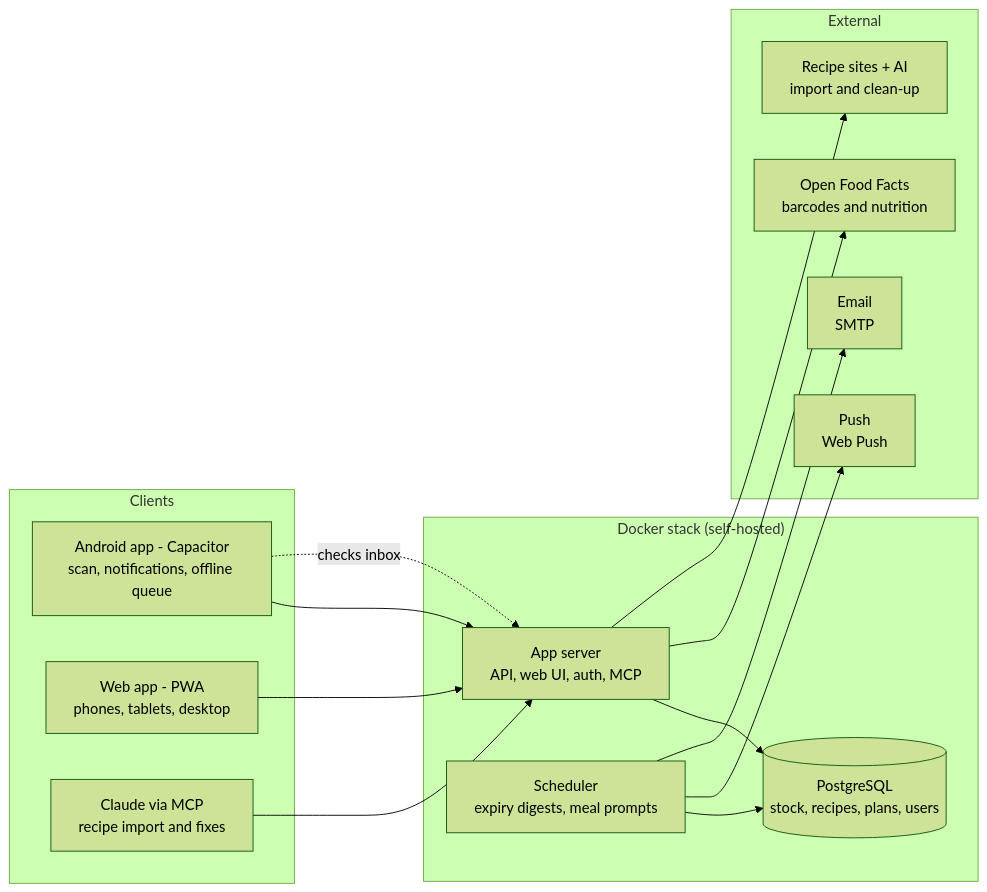
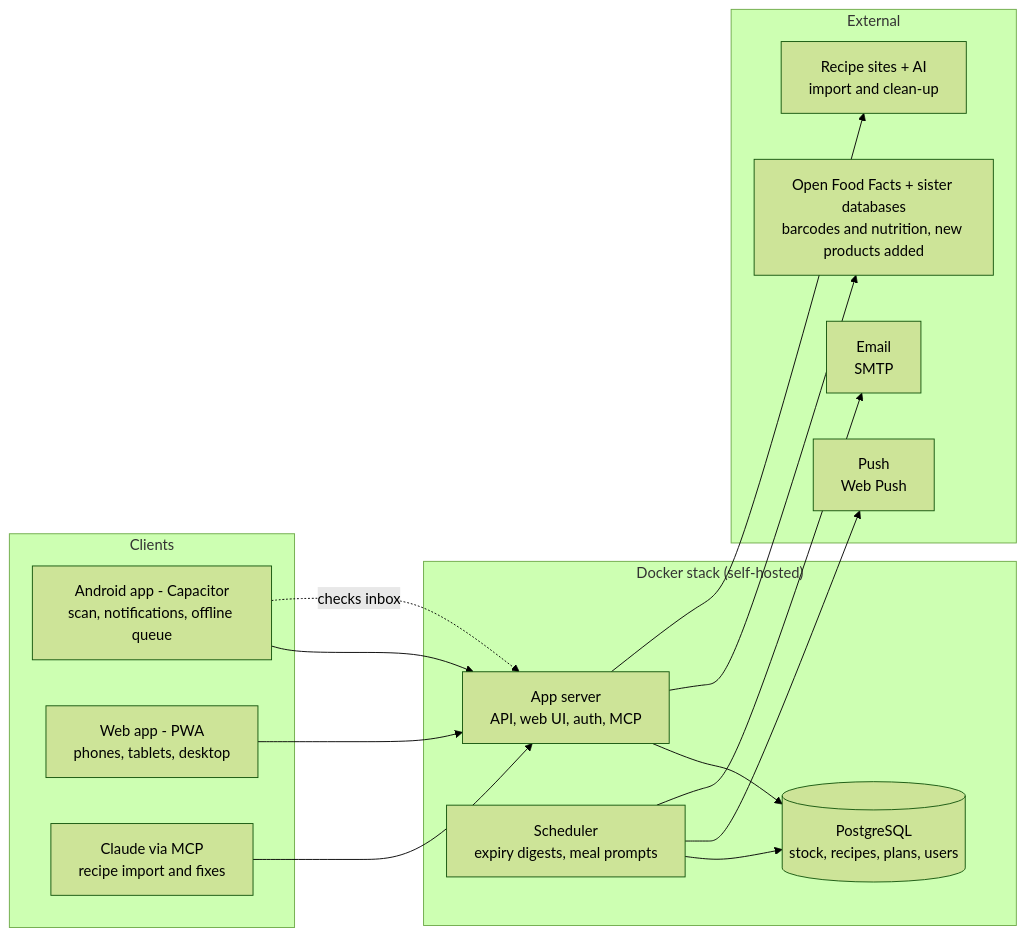
One commit to zecbmo/snackoverflow changed the diagram in docs/SPEC.md. Above: the diagram before and after it, drawn with Mermaid (forest theme). The commit also changed other lines of this file and 171 other files, not shown here.

````diff
--- a/docs/SPEC.md
+++ b/docs/SPEC.md
@@ -228,29 +240,29 @@
 ```mermaid
 flowchart LR
   subgraph Clients
     A[Android app - Capacitor<br/>scan, notifications, offline queue]
     W[Web app - PWA<br/>phones, tablets, desktop]
     M[Claude via MCP<br/>recipe import and fixes]
   end
   subgraph Docker["Docker stack (self-hosted)"]
     S[App server<br/>API, web UI, auth, MCP]
     D[(PostgreSQL<br/>stock, recipes, plans, users)]
     J[Scheduler<br/>expiry digests, meal prompts]
   end
   subgraph External
-    O[Open Food Facts<br/>barcodes and nutrition]
+    O[Open Food Facts + sister databases<br/>barcodes and nutrition, new products added]
     R[Recipe sites + AI<br/>import and clean-up]
     P[Push<br/>Web Push]
     E[Email<br/>SMTP]
   end
   A --> S
   W --> S
   M --> S
   S --> D
   J --> D
   S --> O
   S --> R
   J --> P
   J --> E
   A -. checks inbox .-> S
 ```
````
